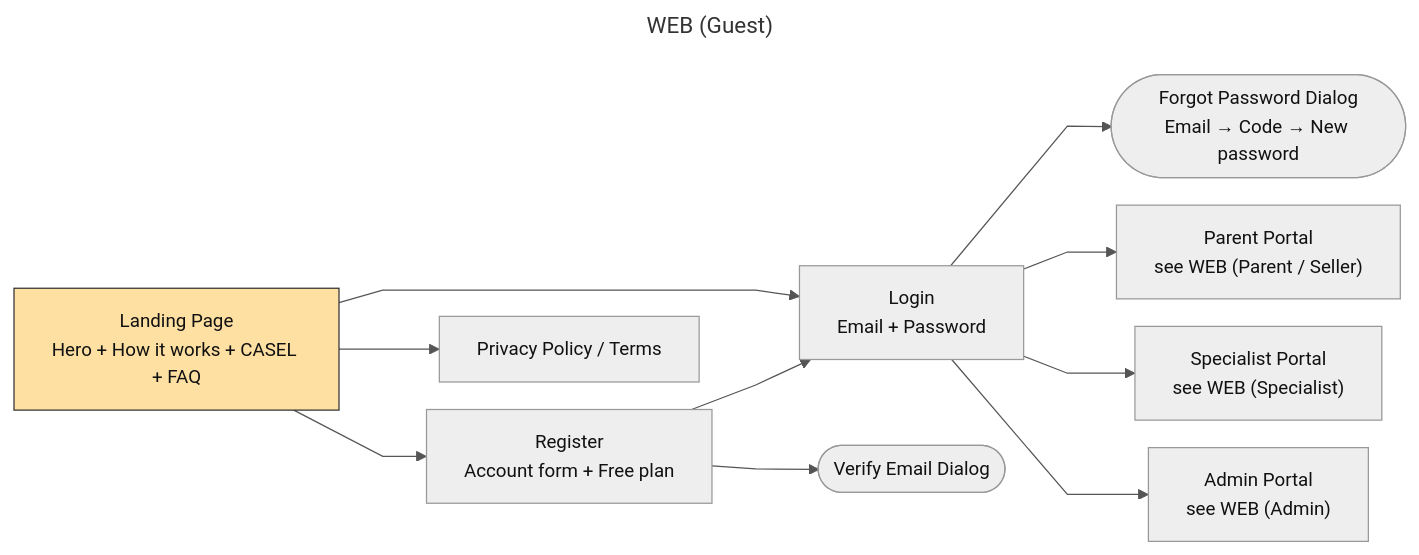
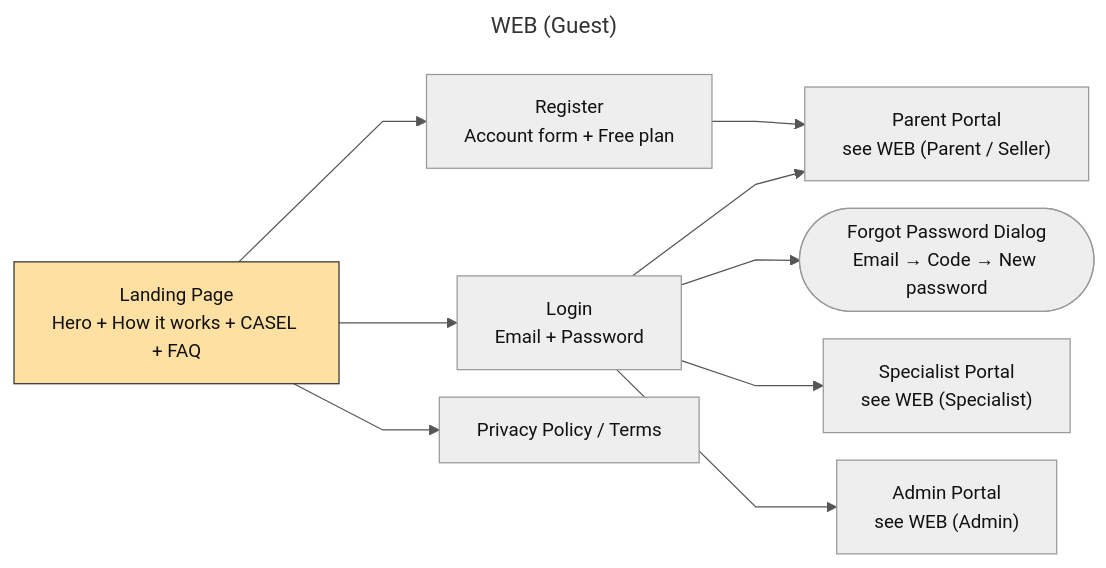
The diagram in docs/diagrams/srs/screen-flow-guest.mmd (SEP490-GFA26SE186/BE), drawn with Mermaid before and after one commit. The commit also changed 23 other files, not shown here.

Commit message:
Update diagrams and add new sequences for admin and analysis features; enhance class structures and use cases for better clarity and functionality.

```diff
--- a/docs/diagrams/srs/screen-flow-guest.mmd
+++ b/docs/diagrams/srs/screen-flow-guest.mmd
@@ -1,17 +1,16 @@
 ---
 title: WEB (Guest)
 ---
 %%{init: {"flowchart": {"curve": "linear", "nodeSpacing": 22, "rankSpacing": 70}, "themeVariables": {"fontFamily": "Arial", "fontSize": "15px", "lineColor": "#555555"}}}%%
 flowchart LR
   Land["Landing Page<br/>Hero + How it works + CASEL + FAQ"]:::start --> Reg["Register<br/>Account form + Free plan"]
   Land --> Login["Login<br/>Email + Password"]
   Land --> Legal["Privacy Policy / Terms"]
-  Reg --> Verify(["Verify Email Dialog"])
-  Reg --> Login
+  Reg --> PP
   Login --> Forgot(["Forgot Password Dialog<br/>Email → Code → New password"])
   Login --> PP["Parent Portal<br/>see WEB (Parent / Seller)"]
   Login --> SP["Specialist Portal<br/>see WEB (Specialist)"]
   Login --> AP["Admin Portal<br/>see WEB (Admin)"]
   classDef default fill:#EEEEEE,stroke:#999999,color:#111111
   classDef start fill:#FFE0A3,stroke:#333333,color:#111111
   classDef ext fill:#FFFFFF,stroke:#555555,stroke-dasharray:5 4,color:#111111
```
